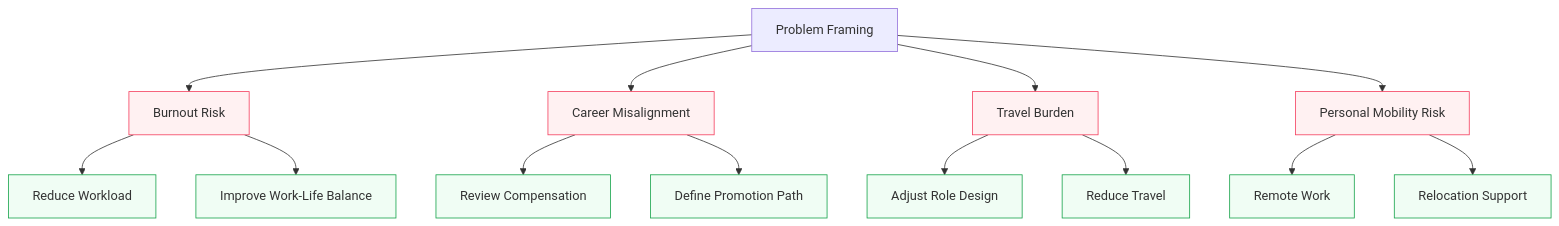
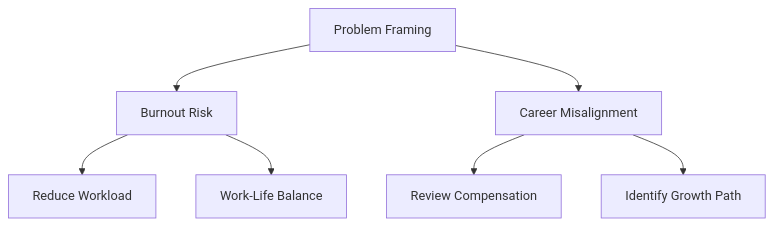
Before and after one commit to Andrew-Hany/employee-attrition-decision-system: the third of 3 diagrams in README.md, drawn with Mermaid. The commit also changed other lines of this file, not shown here.

````diff
--- a/README.md
+++ b/README.md
@@ -120,24 +85,9 @@
 ```mermaid
 graph TD
     PF[Problem Framing] --> BR[Burnout Risk]
     PF --> CM[Career Misalignment]
-    PF --> TR[Travel Burden]
-    PF --> PR[Personal Mobility Risk]
-    
     BR --> A1[Reduce Workload]
-    BR --> A2[Improve Work-Life Balance]
-    
+    BR --> A2[Work-Life Balance]
     CM --> A3[Review Compensation]
-    CM --> A4[Define Promotion Path]
-    
-    TR --> A5[Adjust Role Design]
-    TR --> A6[Reduce Travel]
-    
-    PR --> A7[Remote Work]
-    PR --> A8[Relocation Support]
-
-    classDef action fill:#f0fdf4,stroke:#16a34a,stroke-width:1px;
-    class A1,A2,A3,A4,A5,A6,A7,A8 action
-    classDef prob fill:#fff1f2,stroke:#f43f5e,stroke-width:1px;
-    class BR,CM,TR,PR prob
+    CM --> A4[Identify Growth Path]
 ```
````
